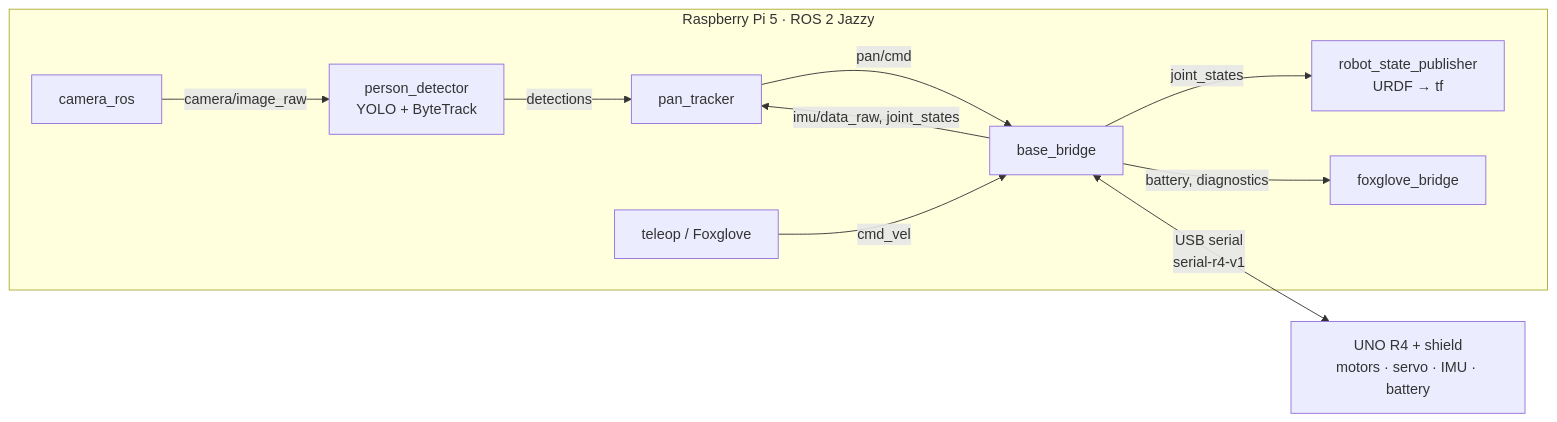
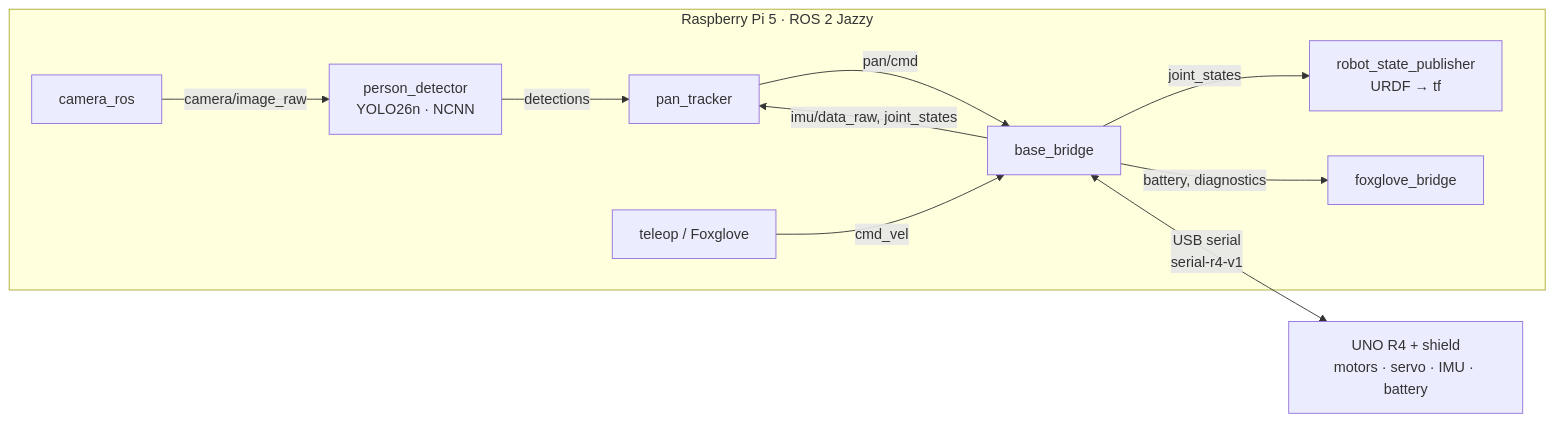
The diagram in README.md (mattyjayt/terra-hawk-scout), drawn with Mermaid before and after one commit. The commit also changed other lines of this file and 3 other files, not shown here.

````diff
--- a/README.md
+++ b/README.md
@@ -61,13 +61,13 @@
 ```mermaid
 flowchart LR
   subgraph Pi5["Raspberry Pi 5 · ROS 2 Jazzy"]
-    cam["camera_ros"] -- camera/image_raw --> det["person_detector<br/>YOLO + ByteTrack"]
+    cam["camera_ros"] -- camera/image_raw --> det["person_detector<br/>YOLO26n · NCNN"]
     det -- detections --> trk["pan_tracker"]
     trk -- pan/cmd --> br["base_bridge"]
     tel["teleop / Foxglove"] -- cmd_vel --> br
     br -- "imu/data_raw, joint_states" --> trk
     br -- joint_states --> rsp["robot_state_publisher<br/>URDF → tf"]
     br -- "battery, diagnostics" --> fox["foxglove_bridge"]
   end
   br <-- "USB serial<br/>serial-r4-v1" --> r4["UNO R4 + shield<br/>motors · servo · IMU · battery"]
 ```
````
